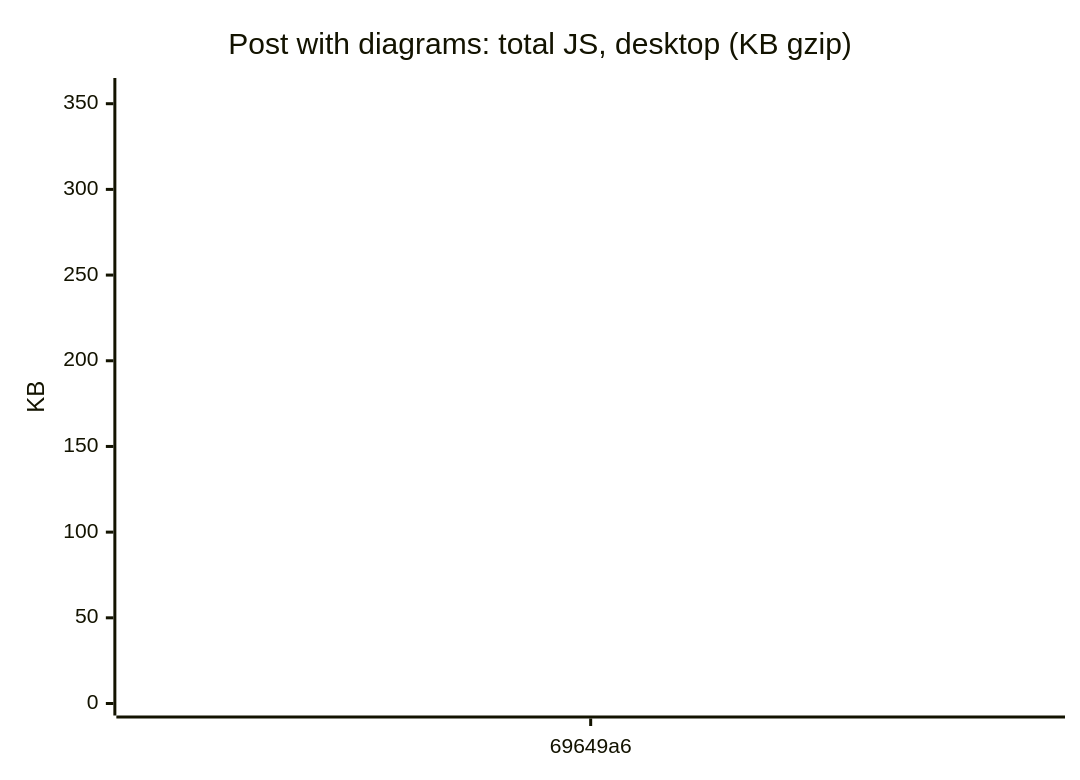
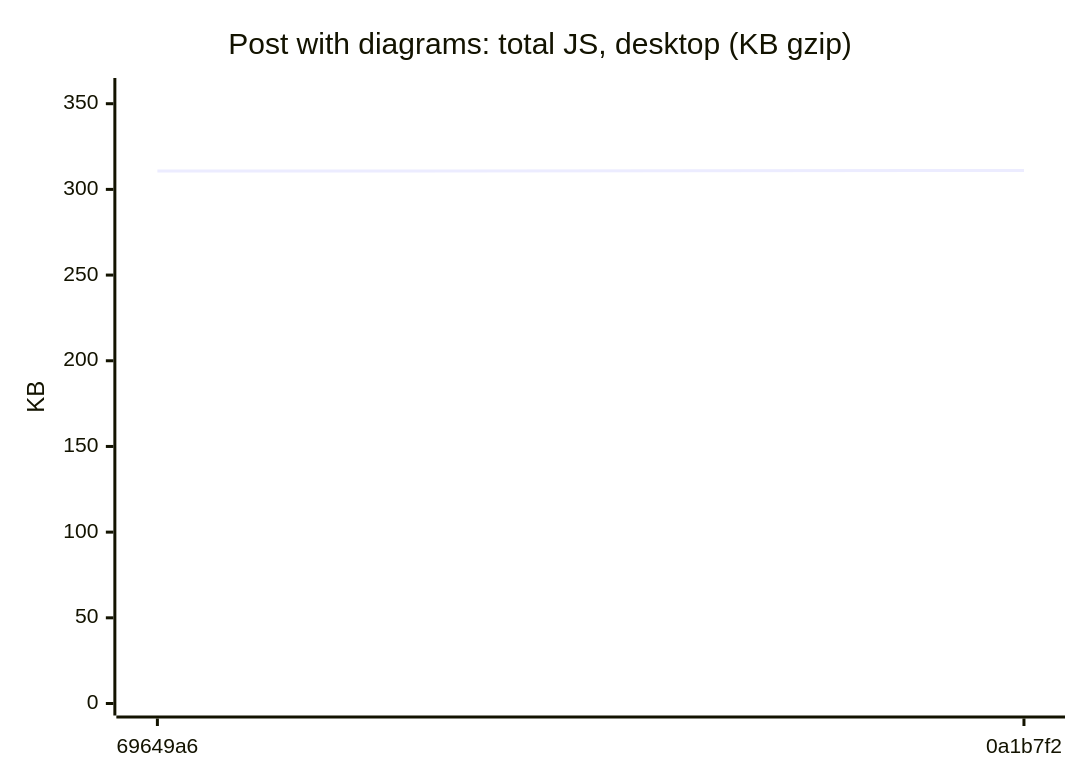
Before and after one commit to AxelUser/maltsev.space: diagram 15 of 18 in README.md, drawn with Mermaid. The commit also changed other lines of this file and 1 other file, not shown here.

````diff
--- a/README.md
+++ b/README.md
@@ -161,7 +161,7 @@
 ```mermaid
 xychart-beta
   title "Post with diagrams: total JS, desktop (KB gzip)"
-  x-axis ["69649a6"]
+  x-axis ["69649a6", "0a1b7f2"]
   y-axis "KB" 0 --> 358
-  line [310.7]
+  line [310.7, 311]
 ```
````
